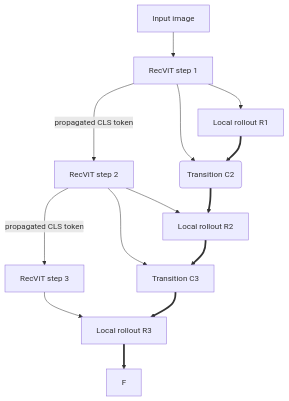
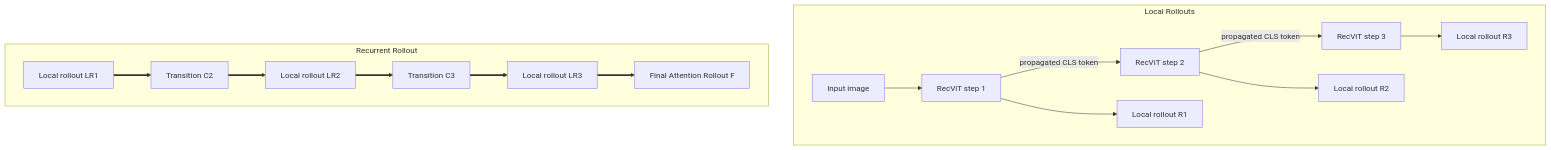
Before and after one commit to m-shaforostov/rec-vit-attention-rollout: the diagram in README.md, drawn with Mermaid.

Commit message:
subgraphs .me

````diff
--- a/README.md
+++ b/README.md
@@ -64,18 +64,23 @@
 ```mermaid
 flowchart TB
+    subgraph Local Rollouts
     I["Input image"] --> S1["RecViT step 1"]
     S1 -->|"propagated CLS token"| S2["RecViT step 2"]
     S2 -->|"propagated CLS token"| S3["RecViT step 3"]
 
     S1 --> R1["Local rollout R1"]
-    S1 --> C2("Transition C2")
     S2 --> R2["Local rollout R2"]
-    S2 --> C3["Transition C3"]
     S3 --> R3["Local rollout R3"]
-
-    R1 ==> C2
-    C2 ==> R2
-    R2 ==> C3
-    C3 ==> R3
-    R3 ==> F
+    end
+    
+    subgraph Recurrent Rollout
+    LR1["Local rollout LR1"]
+    LR2["Local rollout LR2"]
+    LR3["Local rollout LR3"]
+    LR1 ==> C2["Transition C2"]
+    C2 ==> LR2
+    LR2 ==> C3["Transition C3"]
+    C3 ==> LR3
+    LR3 ==> F["Final Attention Rollout F"]
+    end
 ```
````
